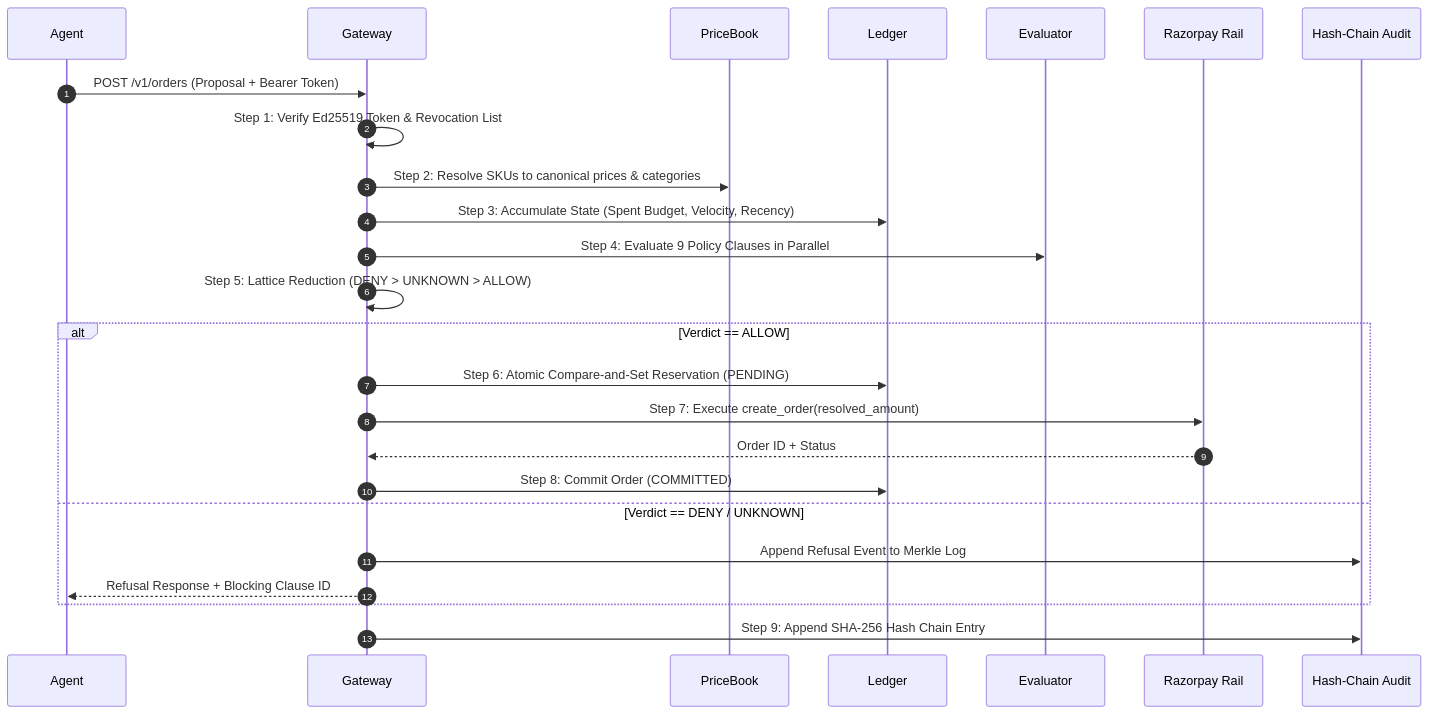
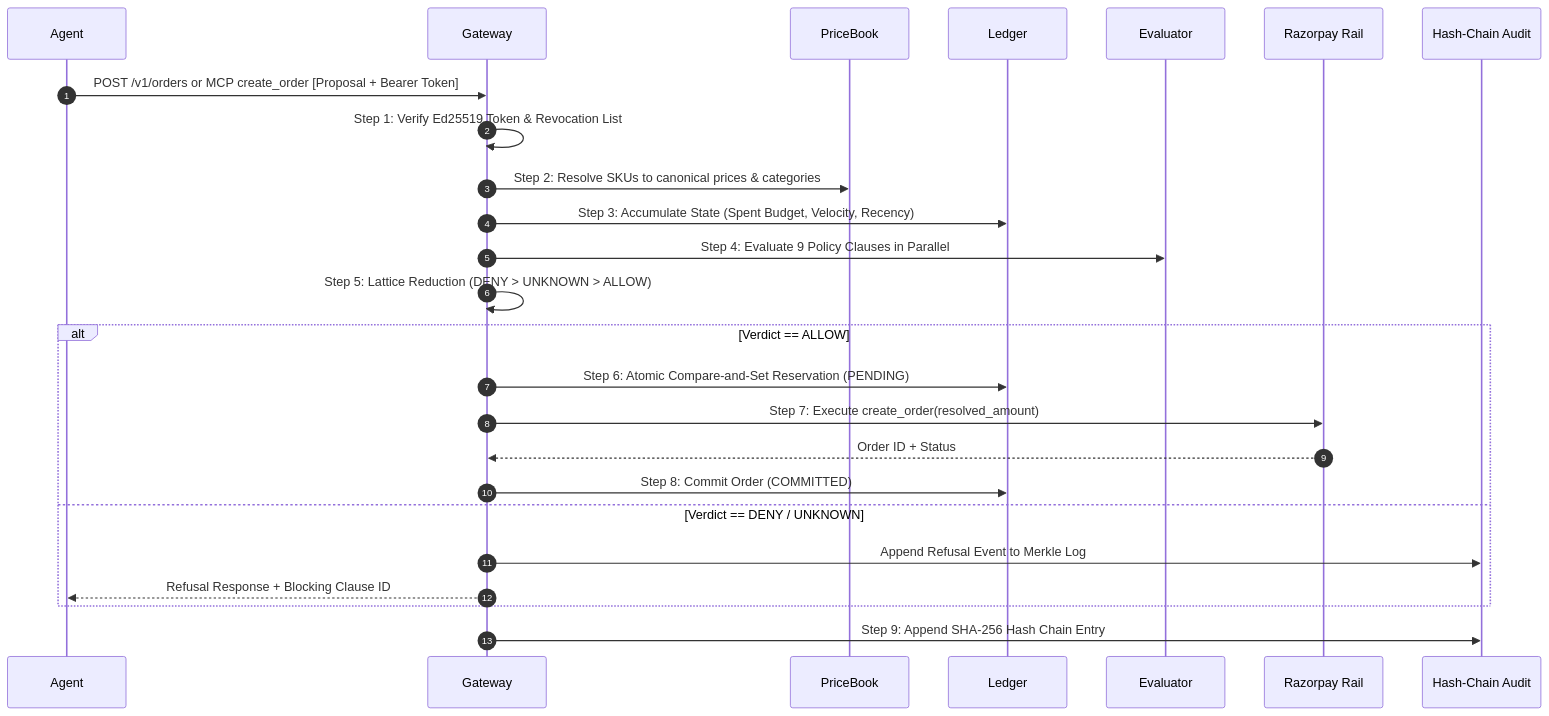
One commit to Sky-walkerX/razorpay-mandate changed the second of 3 diagrams in ARCHITECTURE.md. Above: the diagram before and after it, drawn with Mermaid. The commit also changed other lines of this file and 2 other files, not shown here.

First line of the commit message:
docs: record the MCP surface, the storefront and this cycle's fixes

````diff
--- a/ARCHITECTURE.md
+++ b/ARCHITECTURE.md
@@ -79,29 +86,29 @@
 ```mermaid
 sequenceDiagram
     autonumber
     participant Agent
     participant Gateway
     participant PriceBook
     participant Ledger
     participant Evaluator
     participant Downstream as Razorpay Rail
     participant Audit as Hash-Chain Audit
 
-    Agent->>Gateway: POST /v1/orders (Proposal + Bearer Token)
+    Agent->>Gateway: POST /v1/orders or MCP create_order [Proposal + Bearer Token]
     Gateway->>Gateway: Step 1: Verify Ed25519 Token & Revocation List
     Gateway->>PriceBook: Step 2: Resolve SKUs to canonical prices & categories
     Gateway->>Ledger: Step 3: Accumulate State (Spent Budget, Velocity, Recency)
     Gateway->>Evaluator: Step 4: Evaluate 9 Policy Clauses in Parallel
     Gateway->>Gateway: Step 5: Lattice Reduction (DENY > UNKNOWN > ALLOW)
     
     alt Verdict == ALLOW
         Gateway->>Ledger: Step 6: Atomic Compare-and-Set Reservation (PENDING)
         Gateway->>Downstream: Step 7: Execute create_order(resolved_amount)
         Downstream-->>Gateway: Order ID + Status
         Gateway->>Ledger: Step 8: Commit Order (COMMITTED)
     else Verdict == DENY / UNKNOWN
         Gateway->>Audit: Append Refusal Event to Merkle Log
         Gateway-->>Agent: Refusal Response + Blocking Clause ID
     end
     Gateway->>Audit: Step 9: Append SHA-256 Hash Chain Entry
 ```
````
